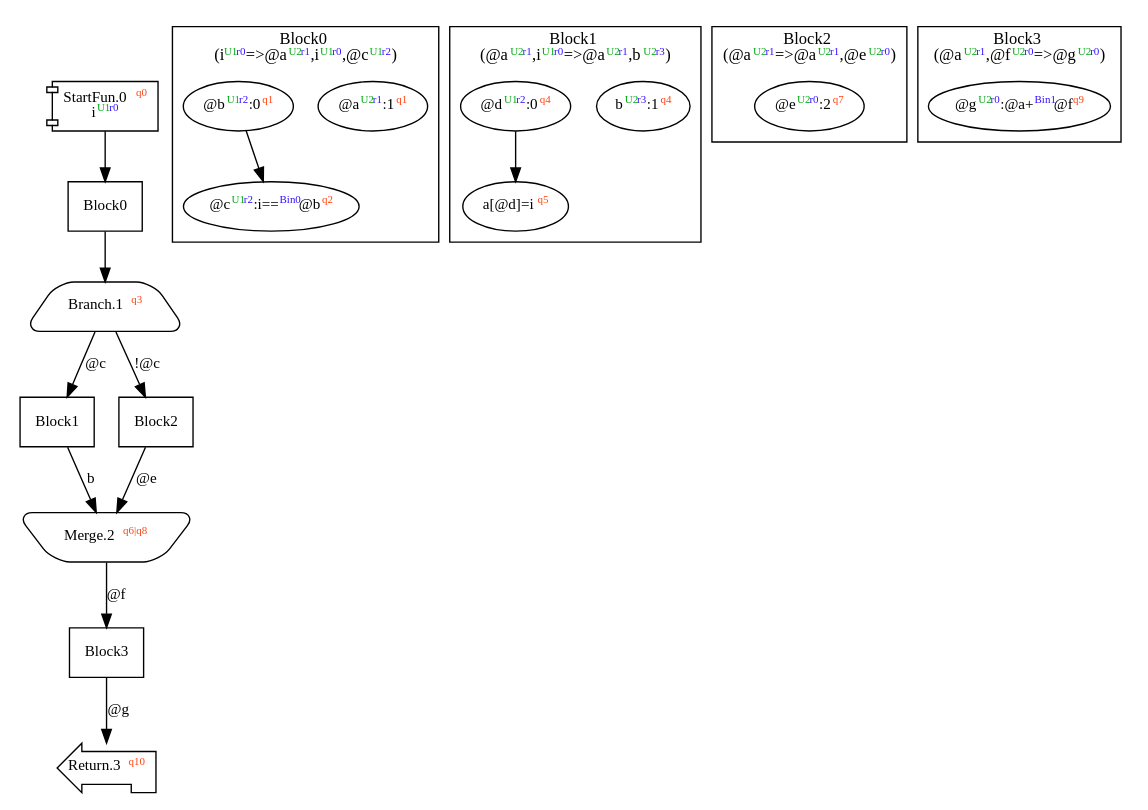
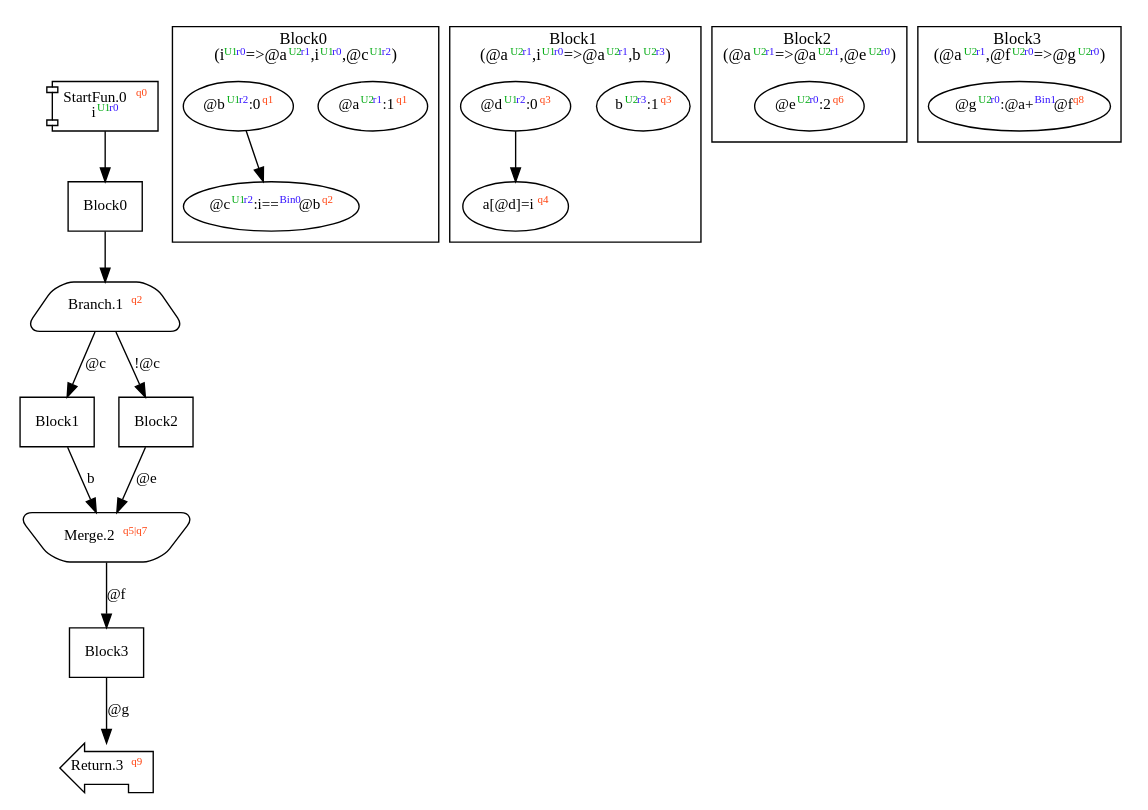
One commit to akouryy/SyntheScala changed the diagram in dist/complexIf.dot. Above: the diagram before and after it, drawn with Graphviz. The commit also changed 24 other files, not shown here.

Commit message:
Remove Jump.Branch-occupied state

```diff
--- a/dist/complexIf.dot
+++ b/dist/complexIf.dot
@@ -1,50 +1,50 @@
 digraph Program_ {
   graph [fontname = "Monaco", fontsize = 12, ranksep = 0.5];
   node [shape = box, fontname = "Monaco", fontsize = 11; colorscheme = pastel19];
   edge [fontname = "Monaco", fontsize = 11; colorscheme = pastel19];
   Jump0[label = <StartFun.0<font color="#ff4411" point-size="8"><sup>q0</sup></font><br/>i<font color="#00aa11" point-size="8"><sup>U1</sup></font><font color="#3311ff" point-size="8"><sup>r0</sup></font>>; shape = component];
   Jump0 -> Block0;
   Jump1[
-    label = <Branch.1<font color="#ff4411" point-size="8"><sup>q3</sup></font>>;
+    label = <Branch.1<font color="#ff4411" point-size="8"><sup>q2</sup></font>>;
     shape = trapezium; style = rounded;
   ];
   Block0 -> Jump1;
   Jump1 -> Block1 [label="@c"];
   Jump1 -> Block2 [label="!@c"];
-  Jump2[label = <Merge.2<font color="#ff4411" point-size="8"><sup>q6|q8</sup></font>>; shape = invtrapezium; style = rounded];
+  Jump2[label = <Merge.2<font color="#ff4411" point-size="8"><sup>q5|q7</sup></font>>; shape = invtrapezium; style = rounded];
   Block1 -> Jump2 [label="b"];
   Block2 -> Jump2 [label="@e"];
   Jump2 -> Block3 [label="@f"];
-  Jump3[label = <Return.3<font color="#ff4411" point-size="8"><sup>q10</sup></font>>; shape = lpromoter];
+  Jump3[label = <Return.3<font color="#ff4411" point-size="8"><sup>q9</sup></font>>; shape = lpromoter];
   Block3 -> Jump3 [label="@g"];
   Block0 [label = "Block0"];
   Block1 [label = "Block1"];
   Block2 [label = "Block2"];
   Block3 [label = "Block3"];
   subgraph cluster_dfg_Block0 {
     node [shape = oval];
     label = <Block0<br/>(i<font color="#00aa11" point-size="8"><sup>U1</sup></font><font color="#3311ff" point-size="8"><sup>r0</sup></font>=&gt;@a<font color="#00aa11" point-size="8"><sup>U2</sup></font><font color="#3311ff" point-size="8"><sup>r1</sup></font>,i<font color="#00aa11" point-size="8"><sup>U1</sup></font><font color="#3311ff" point-size="8"><sup>r0</sup></font>,@c<font color="#00aa11" point-size="8"><sup>U1</sup></font><font color="#3311ff" point-size="8"><sup>r2</sup></font>)>;
     0 [label=<@a<font color="#00aa11" point-size="8"><sup>U2</sup></font><font color="#3311ff" point-size="8"><sup>r1</sup></font>:1<font color="#ff4411" point-size="8"><sup>q1</sup></font>>];
     1 [label=<@b<font color="#00aa11" point-size="8"><sup>U1</sup></font><font color="#3311ff" point-size="8"><sup>r2</sup></font>:0<font color="#ff4411" point-size="8"><sup>q1</sup></font>>];
     2 [label=<@c<font color="#00aa11" point-size="8"><sup>U1</sup></font><font color="#3311ff" point-size="8"><sup>r2</sup></font>:i==<font color="#3311ff" point-size="8"><sup>Bin0</sup></font>@b<font color="#ff4411" point-size="8"><sup>q2</sup></font>>];
     1 -> 2;
   }
   subgraph cluster_dfg_Block1 {
     node [shape = oval];
     label = <Block1<br/>(@a<font color="#00aa11" point-size="8"><sup>U2</sup></font><font color="#3311ff" point-size="8"><sup>r1</sup></font>,i<font color="#00aa11" point-size="8"><sup>U1</sup></font><font color="#3311ff" point-size="8"><sup>r0</sup></font>=&gt;@a<font color="#00aa11" point-size="8"><sup>U2</sup></font><font color="#3311ff" point-size="8"><sup>r1</sup></font>,b<font color="#00aa11" point-size="8"><sup>U2</sup></font><font color="#3311ff" point-size="8"><sup>r3</sup></font>)>;
-    3 [label=<b<font color="#00aa11" point-size="8"><sup>U2</sup></font><font color="#3311ff" point-size="8"><sup>r3</sup></font>:1<font color="#ff4411" point-size="8"><sup>q4</sup></font>>];
-    4 [label=<@d<font color="#00aa11" point-size="8"><sup>U1</sup></font><font color="#3311ff" point-size="8"><sup>r2</sup></font>:0<font color="#ff4411" point-size="8"><sup>q4</sup></font>>];
-    5 [label=<a[@d]=i<font color="#ff4411" point-size="8"><sup>q5</sup></font>>];
+    3 [label=<b<font color="#00aa11" point-size="8"><sup>U2</sup></font><font color="#3311ff" point-size="8"><sup>r3</sup></font>:1<font color="#ff4411" point-size="8"><sup>q3</sup></font>>];
+    4 [label=<@d<font color="#00aa11" point-size="8"><sup>U1</sup></font><font color="#3311ff" point-size="8"><sup>r2</sup></font>:0<font color="#ff4411" point-size="8"><sup>q3</sup></font>>];
+    5 [label=<a[@d]=i<font color="#ff4411" point-size="8"><sup>q4</sup></font>>];
     4 -> 5;
   }
   subgraph cluster_dfg_Block2 {
     node [shape = oval];
     label = <Block2<br/>(@a<font color="#00aa11" point-size="8"><sup>U2</sup></font><font color="#3311ff" point-size="8"><sup>r1</sup></font>=&gt;@a<font color="#00aa11" point-size="8"><sup>U2</sup></font><font color="#3311ff" point-size="8"><sup>r1</sup></font>,@e<font color="#00aa11" point-size="8"><sup>U2</sup></font><font color="#3311ff" point-size="8"><sup>r0</sup></font>)>;
-    6 [label=<@e<font color="#00aa11" point-size="8"><sup>U2</sup></font><font color="#3311ff" point-size="8"><sup>r0</sup></font>:2<font color="#ff4411" point-size="8"><sup>q7</sup></font>>];
+    6 [label=<@e<font color="#00aa11" point-size="8"><sup>U2</sup></font><font color="#3311ff" point-size="8"><sup>r0</sup></font>:2<font color="#ff4411" point-size="8"><sup>q6</sup></font>>];
   }
   subgraph cluster_dfg_Block3 {
     node [shape = oval];
     label = <Block3<br/>(@a<font color="#00aa11" point-size="8"><sup>U2</sup></font><font color="#3311ff" point-size="8"><sup>r1</sup></font>,@f<font color="#00aa11" point-size="8"><sup>U2</sup></font><font color="#3311ff" point-size="8"><sup>r0</sup></font>=&gt;@g<font color="#00aa11" point-size="8"><sup>U2</sup></font><font color="#3311ff" point-size="8"><sup>r0</sup></font>)>;
-    7 [label=<@g<font color="#00aa11" point-size="8"><sup>U2</sup></font><font color="#3311ff" point-size="8"><sup>r0</sup></font>:@a+<font color="#3311ff" point-size="8"><sup>Bin1</sup></font>@f<font color="#ff4411" point-size="8"><sup>q9</sup></font>>];
+    7 [label=<@g<font color="#00aa11" point-size="8"><sup>U2</sup></font><font color="#3311ff" point-size="8"><sup>r0</sup></font>:@a+<font color="#3311ff" point-size="8"><sup>Bin1</sup></font>@f<font color="#ff4411" point-size="8"><sup>q8</sup></font>>];
   }
 }
```
